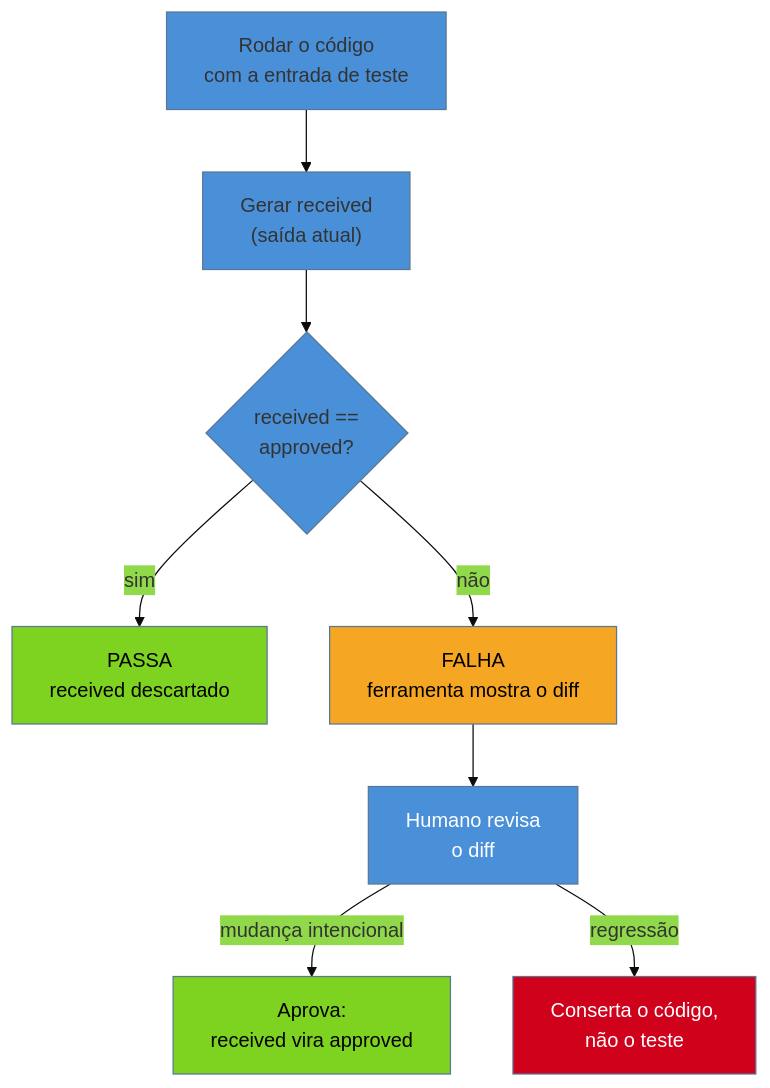
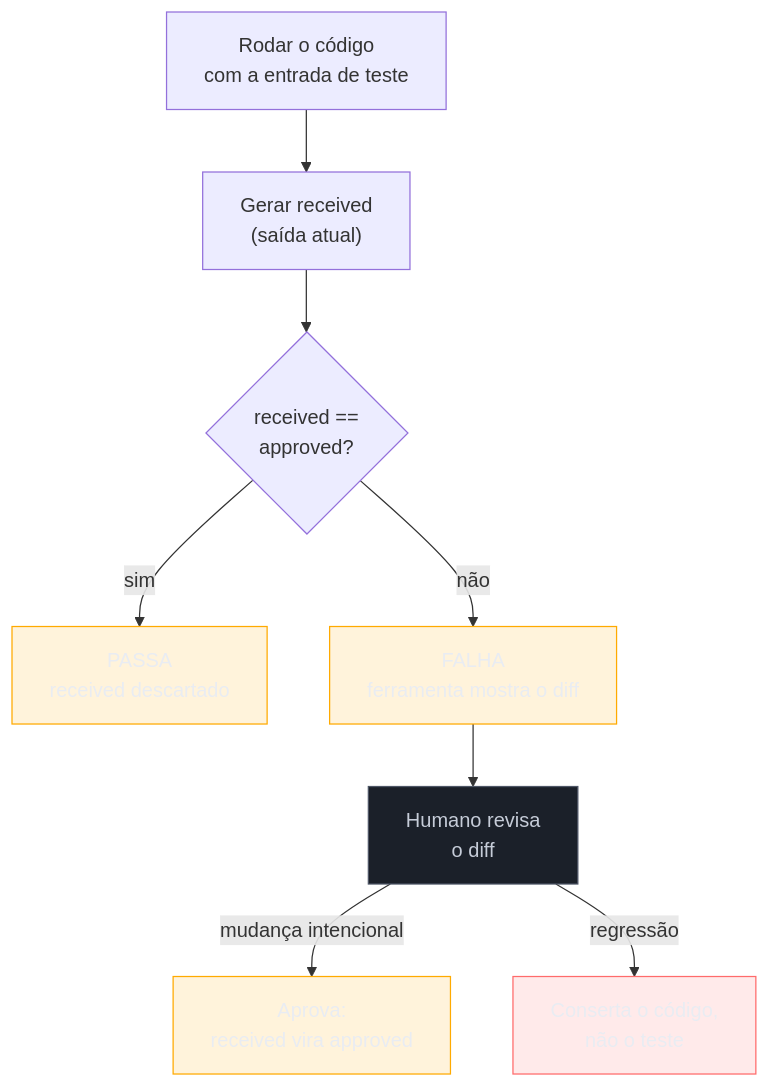
One commit to josenaldo/codex-technomanticus changed the diagram in 03-Dominios/Engenharia/Arqueologia e Restauração de Software/11 - Approval e Golden Master testing.md. Above: the diagram before and after it, drawn with Mermaid. The commit also changed 1181 other files, not shown here.

First line of the commit message:
fix(diagramas): paleta do sistema no lugar de cor cravada no markdown

````diff
--- a/03-Dominios/Engenharia/Arqueologia e Restauração de Software/11 - Approval e Golden Master testing.md
+++ b/03-Dominios/Engenharia/Arqueologia e Restauração de Software/11 - Approval e Golden Master testing.md
@@ -51,16 +51,18 @@
 ```mermaid
-%%{init: {"theme": "base", "themeVariables": {"primaryColor": "#4A90D9"}}}%%
 flowchart TD
+    classDef destaque fill:#FFAA0024,stroke:#FFAA00,color:#E9ECF2
+    classDef falha fill:#FF6B6B24,stroke:#FF6B6B,color:#E9ECF2
+    classDef neutro fill:#1B2029,stroke:#4E5666,color:#C6CCD8
     A["Rodar o código<br/>com a entrada de teste"] --> B["Gerar received<br/>(saída atual)"]
     B --> C{"received ==<br/>approved?"}
     C -->|"sim"| P["PASSA<br/>received descartado"]
     C -->|"não"| D["FALHA<br/>ferramenta mostra o diff"]
     D --> H["Humano revisa<br/>o diff"]
     H -->|"mudança intencional"| AP["Aprova:<br/>received vira approved"]
     H -->|"regressão"| FIX["Conserta o código,<br/>não o teste"]
-    style P fill:#7ED321,color:#000
-    style D fill:#F5A623,color:#000
-    style AP fill:#7ED321,color:#000
-    style FIX fill:#D0021B,color:#fff
-    style H fill:#4A90D9,color:#fff
+    class P destaque
+    class D destaque
+    class AP destaque
+    class FIX falha
+    class H neutro
 ```
````
